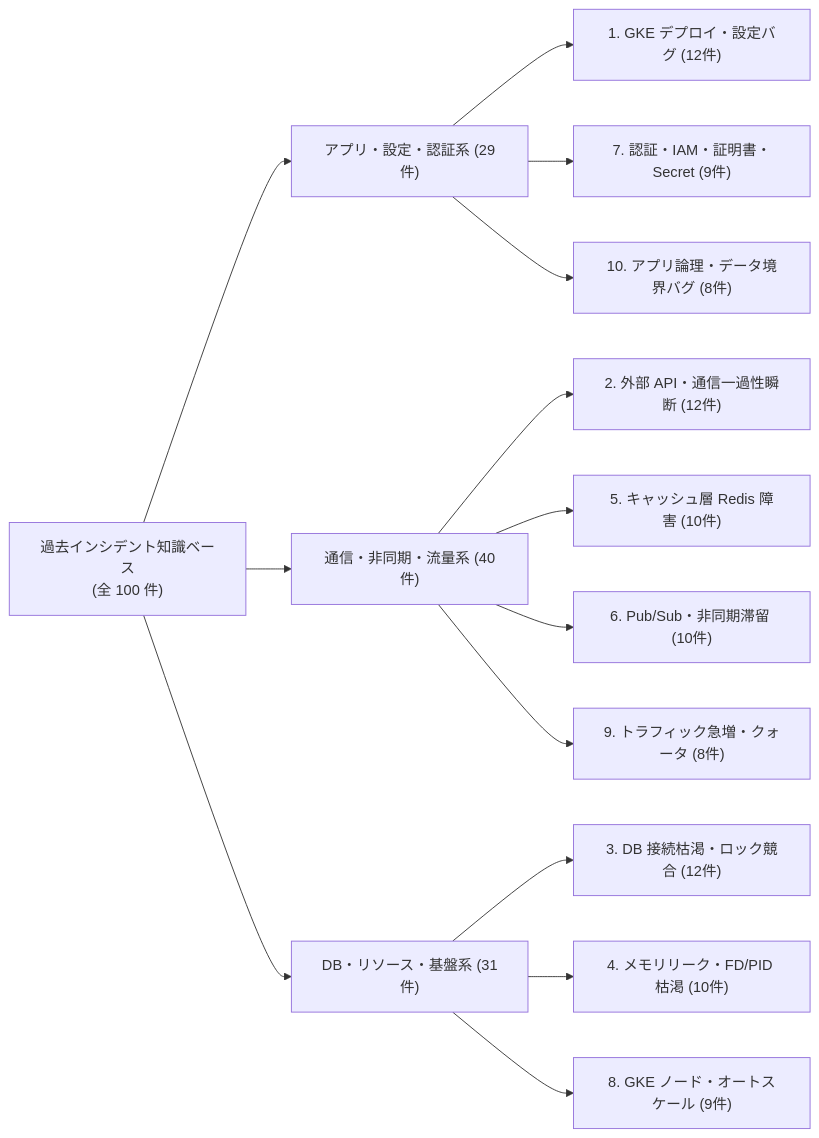
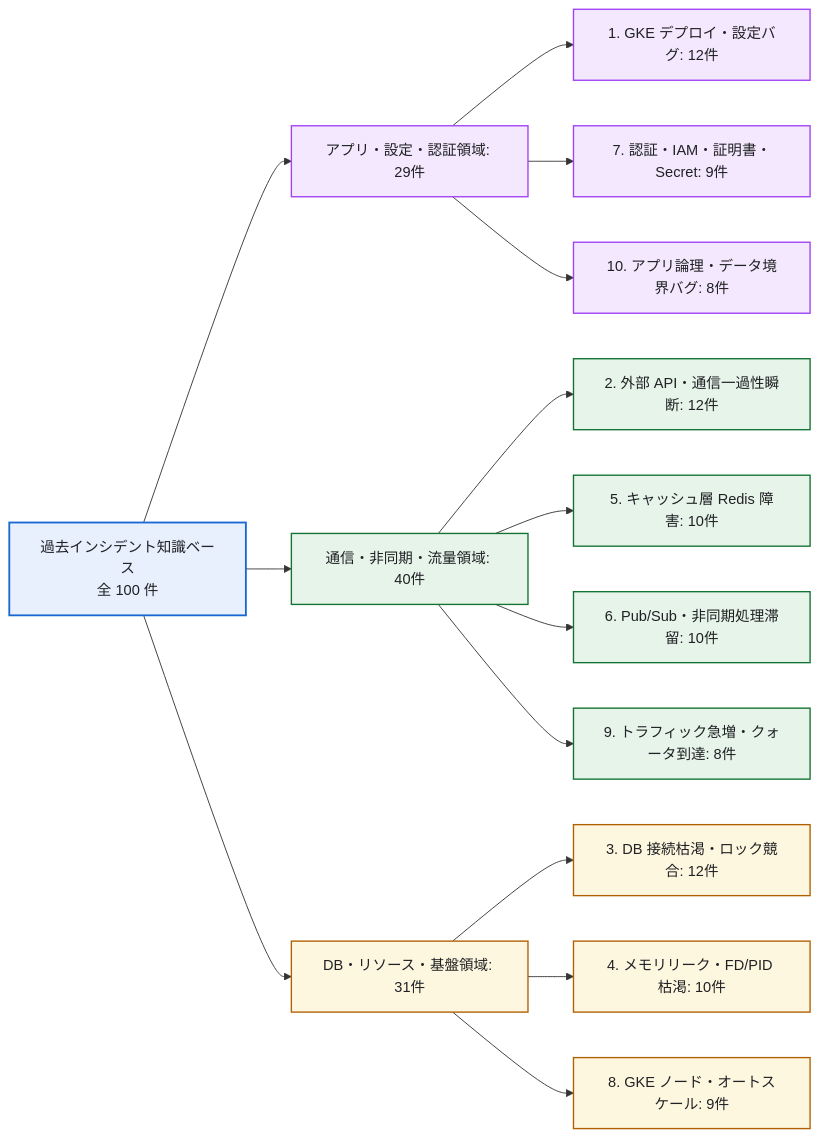
Before and after one commit to tyorikan/agentic-sre-handson: the second of 2 diagrams in docs/02-bigquery-vector-kb.md, drawn with Mermaid. The commit also changed other lines of this file and 26 other files, not shown here.

Commit message:
docs: プロダクトアイコン付き構成図・シーケンス図 PNG (全19図) の追加と折りたたみ Mermaid 定義の精緻化

````diff
--- a/docs/02-bigquery-vector-kb.md
+++ b/docs/02-bigquery-vector-kb.md
@@ -50,20 +66,29 @@
 ```mermaid
 flowchart LR
-    Root["過去インシデント知識ベース<br/>(全 100 件)"]
-    Root --> L1["アプリ・設定・認証系 (29件)"]
-    Root --> L2["通信・非同期・流量系 (40件)"]
-    Root --> L3["DB・リソース・基盤系 (31件)"]
+    Root["過去インシデント知識ベース<br/>全 100 件"]
+    Root --> L1["アプリ・設定・認証領域: 29件"]
+    Root --> L2["通信・非同期・流量領域: 40件"]
+    Root --> L3["DB・リソース・基盤領域: 31件"]
 
-    L1 --> C1["1. GKE デプロイ・設定バグ (12件)"]
-    L1 --> C7["7. 認証・IAM・証明書・Secret (9件)"]
-    L1 --> C10["10. アプリ論理・データ境界バグ (8件)"]
+    L1 --> C1["1. GKE デプロイ・設定バグ: 12件"]
+    L1 --> C7["7. 認証・IAM・証明書・Secret: 9件"]
+    L1 --> C10["10. アプリ論理・データ境界バグ: 8件"]
 
-    L2 --> C2["2. 外部 API・通信一過性瞬断 (12件)"]
-    L2 --> C5["5. キャッシュ層 Redis 障害 (10件)"]
-    L2 --> C6["6. Pub/Sub・非同期滞留 (10件)"]
-    L2 --> C9["9. トラフィック急増・クォータ (8件)"]
+    L2 --> C2["2. 外部 API・通信一過性瞬断: 12件"]
+    L2 --> C5["5. キャッシュ層 Redis 障害: 10件"]
+    L2 --> C6["6. Pub/Sub・非同期処理滞留: 10件"]
+    L2 --> C9["9. トラフィック急増・クォータ到達: 8件"]
 
-    L3 --> C3["3. DB 接続枯渇・ロック競合 (12件)"]
-    L3 --> C4["4. メモリリーク・FD/PID 枯渇 (10件)"]
-    L3 --> C8["8. GKE ノード・オートスケール (9件)"]
+    L3 --> C3["3. DB 接続枯渇・ロック競合: 12件"]
+    L3 --> C4["4. メモリリーク・FD/PID 枯渇: 10件"]
+    L3 --> C8["8. GKE ノード・オートスケール: 9件"]
+
+    classDef root fill:#e8f0fe,stroke:#1967d2,stroke-width:2px,color:#202124;
+    classDef g1 fill:#f3e8fd,stroke:#A142F4,stroke-width:1.5px,color:#202124;
+    classDef g2 fill:#e6f4ea,stroke:#137333,stroke-width:1.5px,color:#202124;
+    classDef g3 fill:#fef7e0,stroke:#b06000,stroke-width:1.5px,color:#202124;
+    class Root root;
+    class L1,C1,C7,C10 g1;
+    class L2,C2,C5,C6,C9 g2;
+    class L3,C3,C4,C8 g3;
 ```
````
